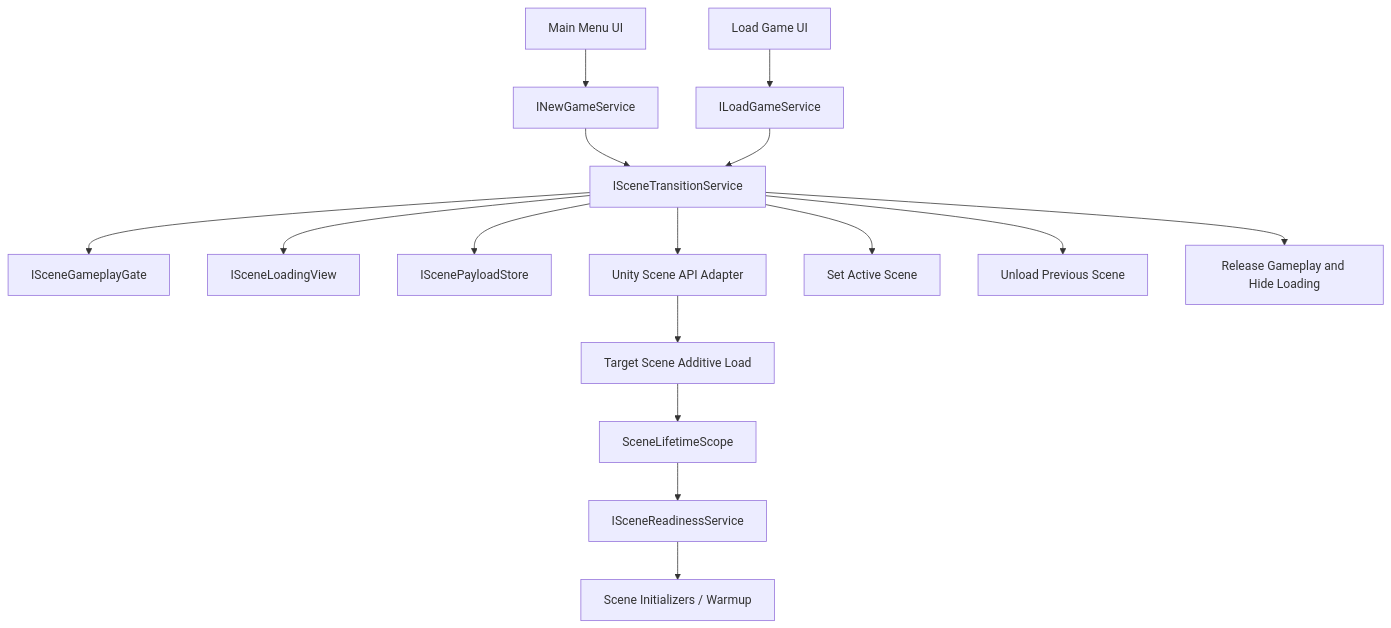
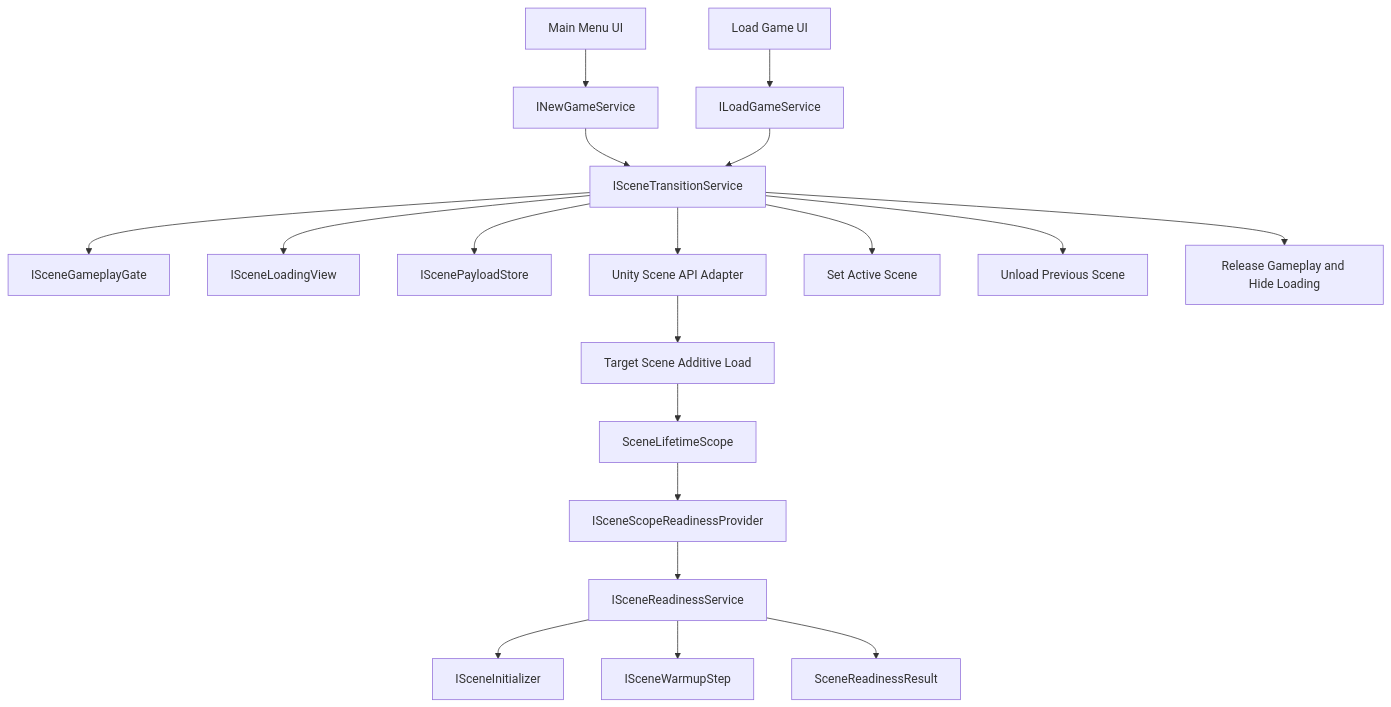
Before and after one commit to Necralius/DeadEcho: the diagram in DeadEcho/Documentation/Scenes/SceneTransitionAnalysis.md, drawn with Mermaid. The commit also changed other lines of this file and 18 other files, not shown here.

First line of the commit message:
Add scene readiness and warmup pipeline

````diff
--- a/DeadEcho/Documentation/Scenes/SceneTransitionAnalysis.md
+++ b/DeadEcho/Documentation/Scenes/SceneTransitionAnalysis.md
@@ -57,18 +56,21 @@
 ```mermaid
 flowchart TD
     Menu[Main Menu UI] --> NewGame[INewGameService]
     Load[Load Game UI] --> LoadService[ILoadGameService]
     NewGame --> Transition[ISceneTransitionService]
     LoadService --> Transition
     Transition --> Gate[ISceneGameplayGate]
     Transition --> LoadingView[ISceneLoadingView]
     Transition --> Payload[IScenePayloadStore]
     Transition --> SceneAPI[Unity Scene API Adapter]
     SceneAPI --> TargetScene[Target Scene Additive Load]
     TargetScene --> SceneScope[SceneLifetimeScope]
-    SceneScope --> Readiness[ISceneReadinessService]
-    Readiness --> Initializers[Scene Initializers / Warmup]
+    SceneScope --> Provider[ISceneScopeReadinessProvider]
+    Provider --> Readiness[ISceneReadinessService]
+    Readiness --> Initializers[ISceneInitializer]
+    Readiness --> Warmup[ISceneWarmupStep]
+    Readiness --> Validation[SceneReadinessResult]
     Transition --> ActiveScene[Set Active Scene]
     Transition --> Unload[Unload Previous Scene]
     Transition --> Complete[Release Gameplay and Hide Loading]
 ```
````
